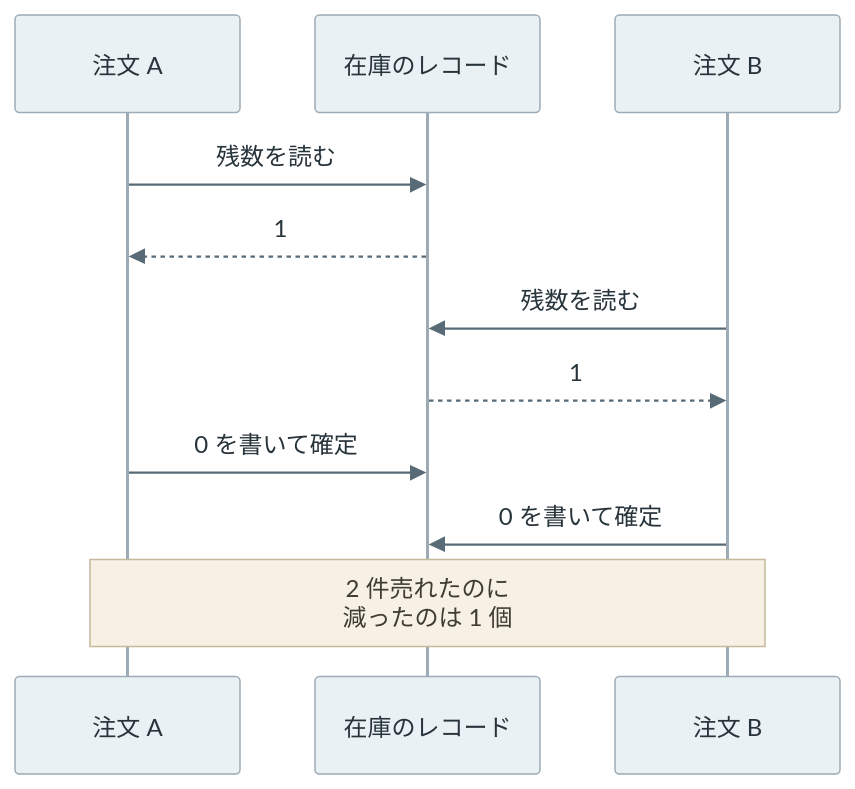
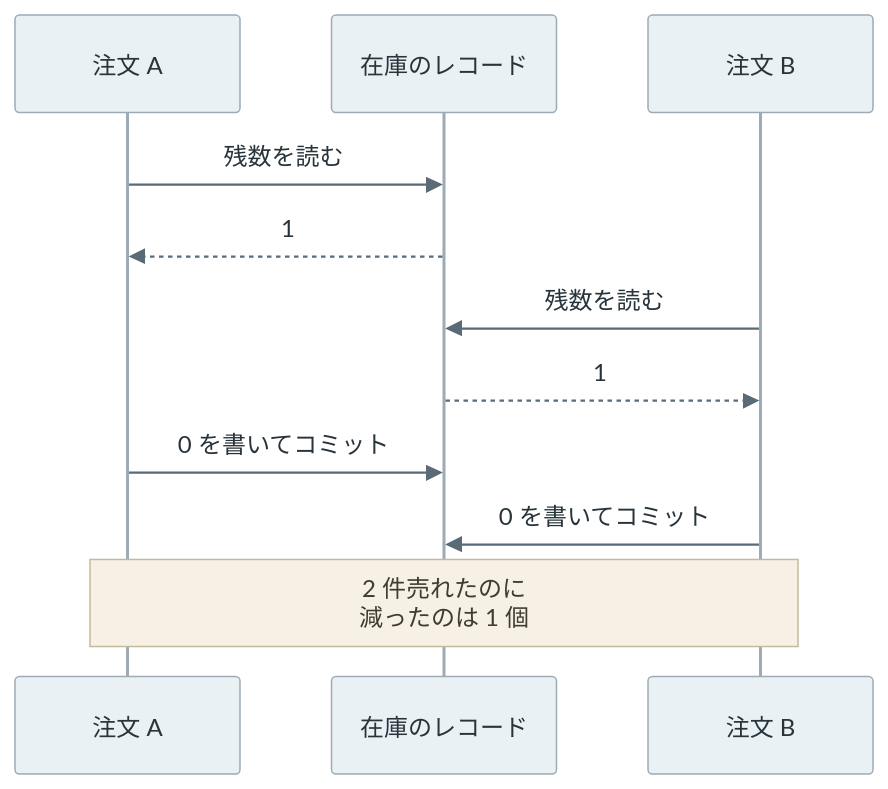
One commit to nao1215/debimate changed the first of 8 diagrams in content/notes/database-systems/transaction-isolation/index.md. Above: the diagram before and after it, drawn with Mermaid. The commit also changed other lines of this file and 32 other files, not shown here.

````diff
--- a/content/notes/database-systems/transaction-isolation/index.md
+++ b/content/notes/database-systems/transaction-isolation/index.md
@@ -20,14 +20,14 @@
 ```mermaid
 %%{init: {"theme":"base","themeVariables":{"primaryColor":"#eaf1f5","primaryTextColor":"#28343b","primaryBorderColor":"#9cabb5","lineColor":"#596b76","textColor":"#28343b","actorBkg":"#eaf1f5","actorBorder":"#9cabb5","actorTextColor":"#28343b","actorLineColor":"#9cabb5","signalColor":"#596b76","signalTextColor":"#28343b","noteBkgColor":"#f7f1e5","noteBorderColor":"#c5b99b","noteTextColor":"#403c32","activationBkgColor":"#edf3ef","activationBorderColor":"#9aafa1"}}}%%
 sequenceDiagram
     participant A as 注文 A
     participant D as 在庫のレコード
     participant B as 注文 B
     A->>D: 残数を読む
     D-->>A: 1
     B->>D: 残数を読む
     D-->>B: 1
-    A->>D: 0 を書いて確定
-    B->>D: 0 を書いて確定
+    A->>D: 0 を書いてコミット
+    B->>D: 0 を書いてコミット
     Note over A,B: 2 件売れたのに<br/>減ったのは 1 個
 ```
````
